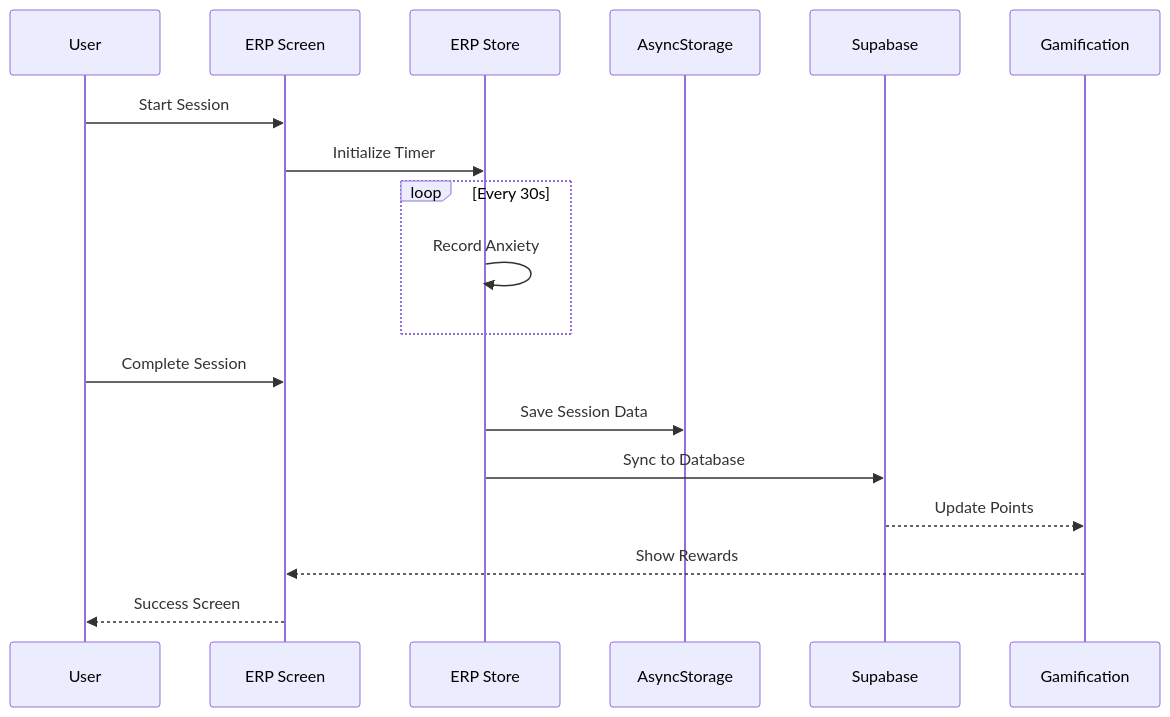
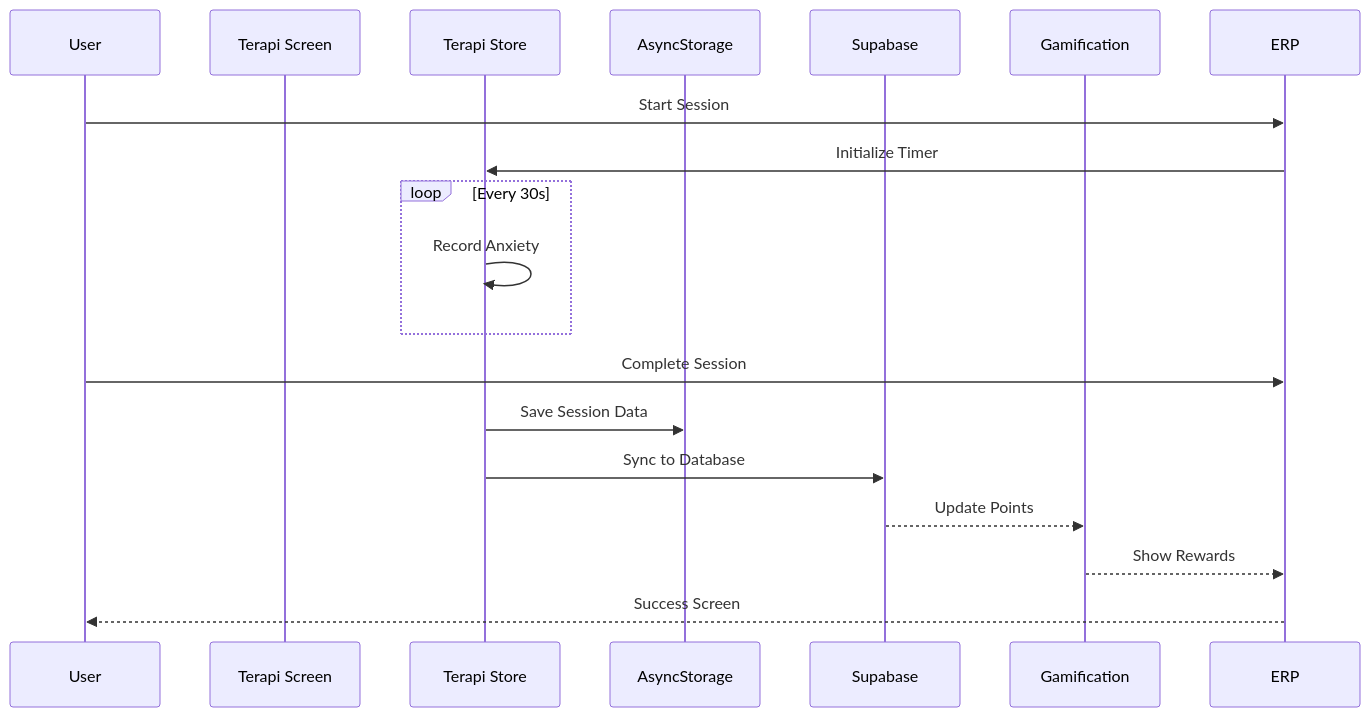
Before and after one commit to adilyoltay/obsessless-mobile-app: the sixth of 7 diagrams in archive/2025-01-legacy/obsessless-flow.md, drawn with Mermaid. The commit also changed other lines of this file and 24 other files, not shown here.

````diff
--- a/archive/2025-01-legacy/obsessless-flow.md
+++ b/archive/2025-01-legacy/obsessless-flow.md
@@ -1067,21 +1067,21 @@
 ```mermaid
 sequenceDiagram
     participant U as User
-    participant ERP as ERP Screen
-    participant Store as ERP Store
+    participant Terapi as Terapi Screen
+    participant Store as Terapi Store
     participant AS as AsyncStorage
     participant DB as Supabase
     participant GAM as Gamification
     
     U->>ERP: Start Session
     ERP->>Store: Initialize Timer
     loop Every 30s
         Store->>Store: Record Anxiety
     end
     U->>ERP: Complete Session
     Store->>AS: Save Session Data
     Store->>DB: Sync to Database
     DB-->>GAM: Update Points
     GAM-->>ERP: Show Rewards
     ERP-->>U: Success Screen
 ```
````
